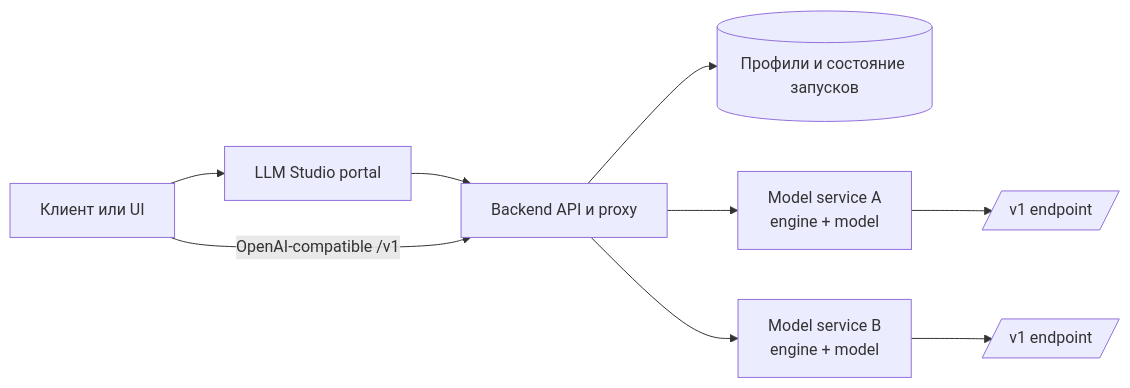
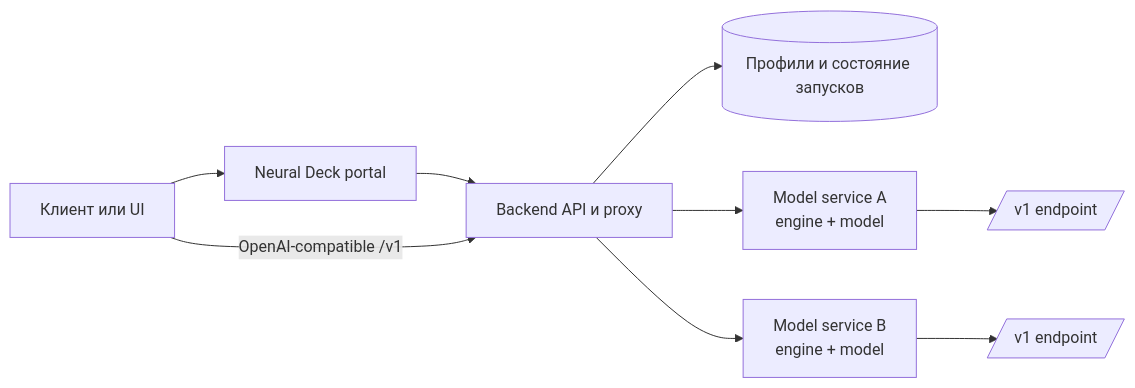
One commit to opteemister/neural-deck changed the diagram in README.md. Above: the diagram before and after it, drawn with Mermaid. The commit also changed other lines of this file and 98 other files, not shown here.

````diff
--- a/README.md
+++ b/README.md
@@ -22,11 +40,11 @@
 ```mermaid
 flowchart LR
-    client[Клиент или UI] --> portal[LLM Studio portal]
+    client[Клиент или UI] --> portal[Neural Deck portal]
     portal --> api[Backend API и proxy]
     api --> registry[(Профили и состояние запусков)]
     api --> engineA[Model service A\nengine + model]
     api --> engineB[Model service B\nengine + model]
     client -->|OpenAI-compatible /v1| api
     engineA --> endpointA[/v1 endpoint/]
     engineB --> endpointB[/v1 endpoint/]
 ```
````
